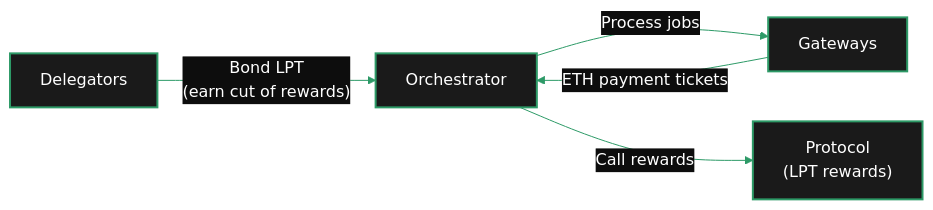
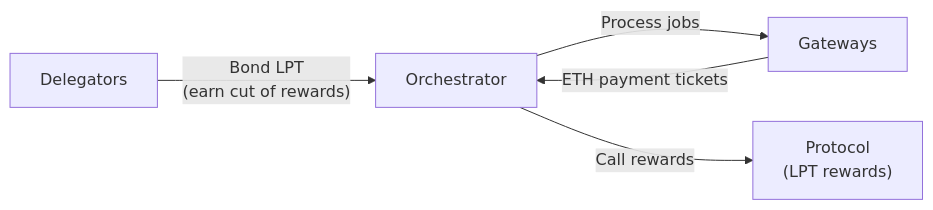
The fifth of 5 diagrams in v2/orchestrators/concepts/role.mdx (sidestream-tech/livepeer-docs), drawn with Mermaid before and after one commit. The commit also changed other lines of this file and 85 other files, not shown here.

````diff
--- a/v2/orchestrators/concepts/role.mdx
+++ b/v2/orchestrators/concepts/role.mdx
@@ -212,10 +196,8 @@
 ```mermaid
-%%{init: {'theme': 'base', 'themeVariables': { 'primaryColor': '#1a1a1a', 'primaryTextColor': '#fff', 'primaryBorderColor': '#2d9a67', 'lineColor': '#2d9a67', 'secondaryColor': '#0d0d0d', 'tertiaryColor': '#1a1a1a', 'background': '#0d0d0d', 'fontFamily': 'system-ui' }}}%%
 flowchart LR
     A["Delegators"] -->|"Bond LPT<br/>(earn cut of rewards)"| B["Orchestrator"]
     B -->|"Process jobs"| C["Gateways"]
     C -->|"ETH payment tickets"| B
     B -->|"Call rewards"| D["Protocol<br/>(LPT rewards)"]
 
-    classDef default fill:#1a1a1a,color:#fff,stroke:#2d9a67,stroke-width:2px
 ```
````
